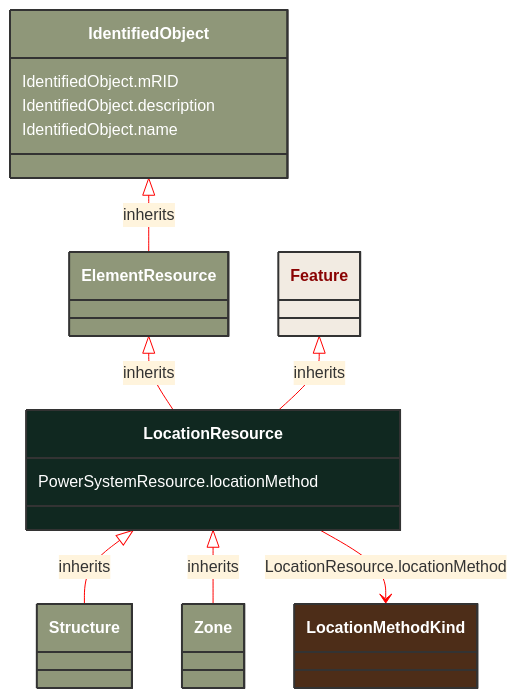
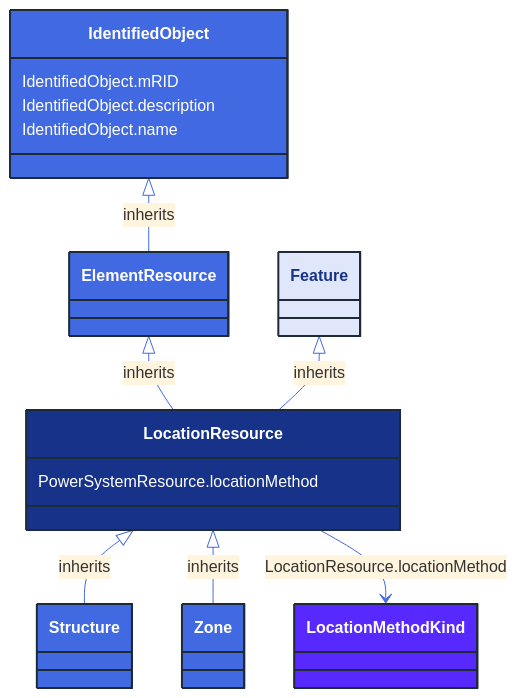
One commit to 3lbits/NoCIMExtensions changed the diagram in docs/Models/Profiles/AviationObstacle/AbstractClasses/LocationResource.md. Above: the diagram before and after it, drawn with Mermaid. The commit also changed 362 other files, not shown here.

First line of the commit message:
Update diagrams and styles for improved visual consistency

````diff
--- a/docs/Models/Profiles/AviationObstacle/AbstractClasses/LocationResource.md
+++ b/docs/Models/Profiles/AviationObstacle/AbstractClasses/LocationResource.md
@@ -10,43 +10,43 @@
 ```mermaid
-%%{init: {'theme':'base','themeVariables': {'lineColor': '#FF0000'}}}%%
+%%{init: {'theme':'base','themeVariables': {'lineColor': '#4169E1'}}}%%
 classDiagram
     class LocationResource
     click LocationResource href "/Models/Profiles/AviationObstacle/AbstractClasses/LocationResource/"
-    style LocationResource fill:#102820,stroke:#333,stroke-width:2px,rx:10,ry:10,color:white
+    style LocationResource fill:#163289,stroke:#1F2A37,stroke-width:2px,rx:10,ry:10,color:white
 
         LocationResource <|-- Structure : inherits
 
         Structure
             click Structure href "/Models/Profiles/AviationObstacle/AbstractClasses/Structure/"
-            style Structure fill:#8F9779,stroke:#333,stroke-width:2px,rx:10,ry:10,color:white
+            style Structure fill:#4169E1,stroke:#1F2A37,stroke-width:2px,rx:10,ry:10,color:white
 
         LocationResource <|-- Zone : inherits
 
         Zone
             click Zone href "/Models/Profiles/AviationObstacle/ConcreteClasses/Zone/"
-            style Zone fill:#8F9779,stroke:#333,stroke-width:2px,rx:10,ry:10,color:white
+            style Zone fill:#4169E1,stroke:#1F2A37,stroke-width:2px,rx:10,ry:10,color:white
      
         ElementResource <|-- LocationResource : inherits
             click ElementResource href "/Models/Profiles/AviationObstacle/AbstractClasses/ElementResource/"
-            style ElementResource fill:#8F9779,stroke:#333,stroke-width:2px,rx:10,ry:10,color:white
+            style ElementResource fill:#4169E1,stroke:#1F2A37,stroke-width:2px,rx:10,ry:10,color:white
      
         IdentifiedObject <|-- ElementResource : inherits
             click IdentifiedObject href "/Models/Profiles/AviationObstacle/AbstractClasses/IdentifiedObject/"
-            style IdentifiedObject fill:#8F9779,stroke:#333,stroke-width:2px,rx:10,ry:10,color:white
+            style IdentifiedObject fill:#4169E1,stroke:#1F2A37,stroke-width:2px,rx:10,ry:10,color:white
 
         Feature <|-- LocationResource : inherits
             click Feature href "/Models/Profiles/AviationObstacle/AbstractClasses/Feature/"
-            style Feature fill:#F2EBE2,stroke:#333,stroke-width:2px,rx:10,ry:10,color:#8A0303
+            style Feature fill:#E0E7FA,stroke:#1F2A37,stroke-width:2px,rx:10,ry:10,color:#163289
 
 
         LocationResource --> LocationMethodKind : LocationResource.locationMethod
 
         LocationMethodKind
             click LocationMethodKind href "/Models/Profiles/AviationObstacle/Enumerations/LocationMethodKind/"
-            style LocationMethodKind fill:#4D2D18,stroke:#333,stroke-width:2px,rx:10,ry:10,color:white
+            style LocationMethodKind fill:#5729FF,stroke:#1F2A37,stroke-width:2px,rx:10,ry:10,color:white
 
         LocationResource : PowerSystemResource.locationMethod
         IdentifiedObject : IdentifiedObject.mRID
         IdentifiedObject : IdentifiedObject.description
         IdentifiedObject : IdentifiedObject.name
 ```
````
